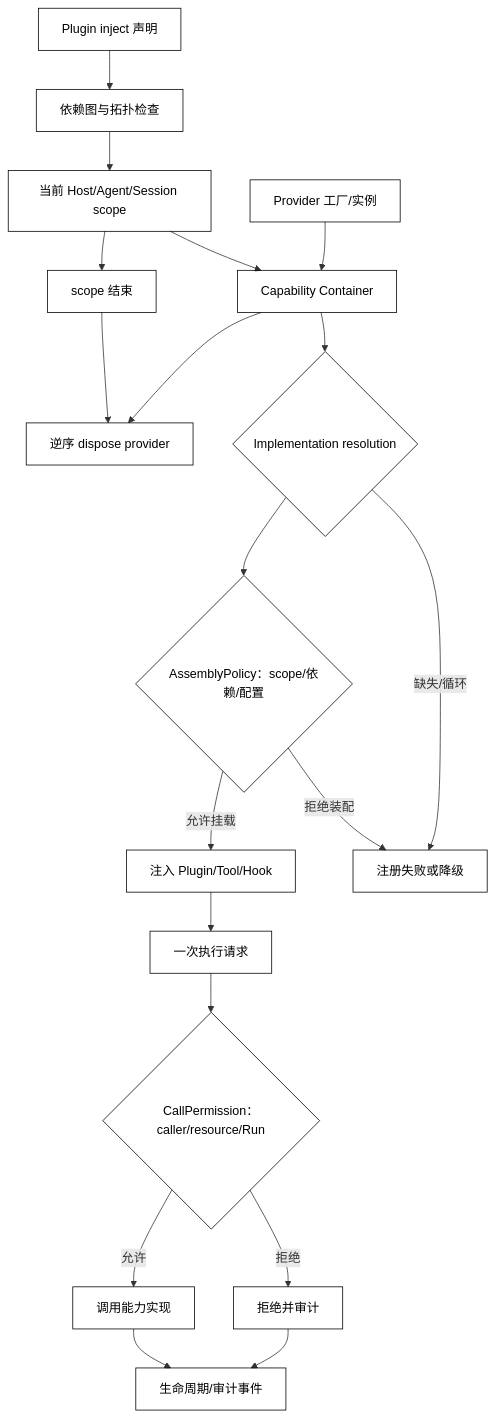
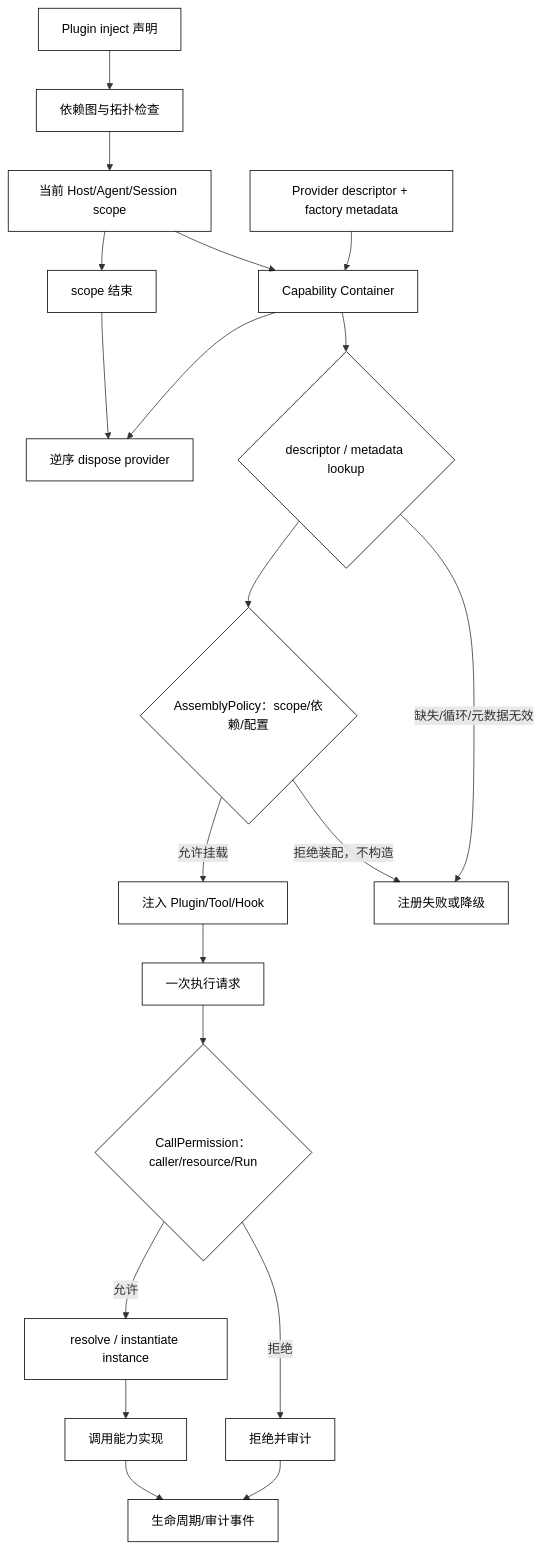
Before and after one commit to clint-sfy/clintsfy.github.io: the diagram in docs/courses/agent/07-Skills插件与Hook/06-Dependency-Injection与能力容器.md, drawn with Mermaid. The commit also changed other lines of this file and 1 other file, not shown here.

Commit message:
docs(agent): clarify DI construction and cancellation semantics

````diff
--- a/docs/courses/agent/07-Skills插件与Hook/06-Dependency-Injection与能力容器.md
+++ b/docs/courses/agent/07-Skills插件与Hook/06-Dependency-Injection与能力容器.md
@@ -59,24 +69,25 @@
 ```mermaid
 flowchart TD
-    Manifest[Plugin inject 声明] --> Graph[依赖图与拓扑检查]
-    Graph --> Scope[当前 Host/Agent/Session scope]
-    Scope --> Container[Capability Container]
-    Provider[Provider 工厂/实例] --> Container
-    Container --> Resolve{Implementation resolution}
-    Resolve -->|缺失/循环| Fail[注册失败或降级]
-    Resolve --> AssemblyPolicy{AssemblyPolicy：scope/依赖/配置}
-    AssemblyPolicy -->|拒绝装配| Fail
-    AssemblyPolicy -->|允许挂载| Inject[注入 Plugin/Tool/Hook]
-    Inject --> Run[一次执行请求]
-    Run --> CallPermission{CallPermission：caller/resource/Run}
-    CallPermission -->|拒绝| Deny[拒绝并审计]
-    CallPermission -->|允许| Use[调用能力实现]
-    Use --> Event[生命周期/审计事件]
+    Manifest["Plugin inject 声明"] --> Graph["依赖图与拓扑检查"]
+    Graph --> Scope["当前 Host/Agent/Session scope"]
+    Scope --> Container["Capability Container"]
+    Provider["Provider descriptor + factory metadata"] --> Container
+    Container --> DescriptorLookup{descriptor / metadata lookup}
+    DescriptorLookup -->|缺失/循环/元数据无效| Fail["注册失败或降级"]
+    DescriptorLookup --> AssemblyPolicy{"AssemblyPolicy：scope/依赖/配置"}
+    AssemblyPolicy -->|"拒绝装配，不构造"| Fail
+    AssemblyPolicy -->|允许挂载| Inject["注入 Plugin/Tool/Hook"]
+    Inject --> Run["一次执行请求"]
+    Run --> CallPermission{"CallPermission：caller/resource/Run"}
+    CallPermission -->|拒绝| Deny["拒绝并审计"]
+    CallPermission -->|允许| InstanceResolve["resolve / instantiate instance"]
+    InstanceResolve --> Use["调用能力实现"]
+    Use --> Event["生命周期/审计事件"]
     Deny --> Event
-    Scope --> Dispose[scope 结束]
-    Dispose --> Cleanup[逆序 dispose provider]
+    Scope --> Dispose["scope 结束"]
+    Dispose --> Cleanup["逆序 dispose provider"]
     Container --> Cleanup
 
     classDef core fill:transparent,stroke:currentColor,color:currentColor,stroke-width:1px;
-    class Manifest,Graph,Scope,Container,Provider,Resolve,AssemblyPolicy,Fail,Inject,Run,CallPermission,Deny,Use,Event,Dispose,Cleanup core;
+    class Manifest,Graph,Scope,Container,Provider,DescriptorLookup,AssemblyPolicy,Fail,Inject,Run,CallPermission,InstanceResolve,Deny,Use,Event,Dispose,Cleanup core;
 ```
````
